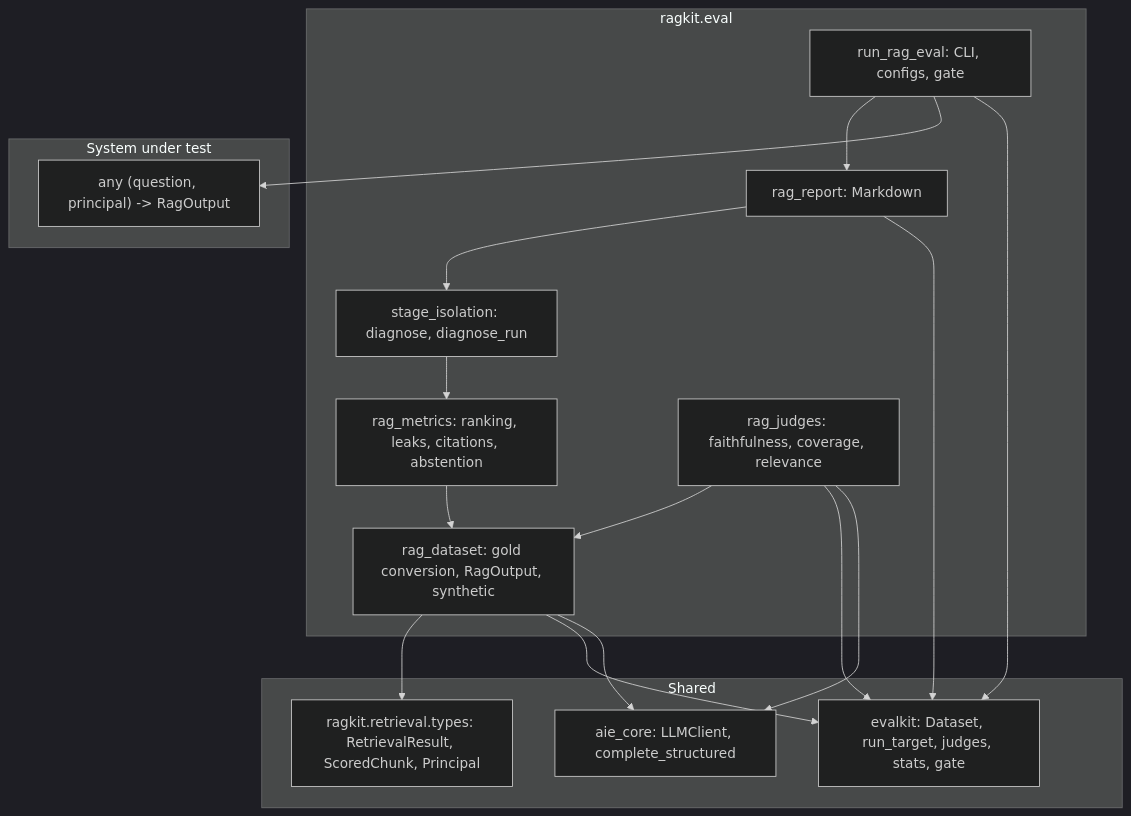
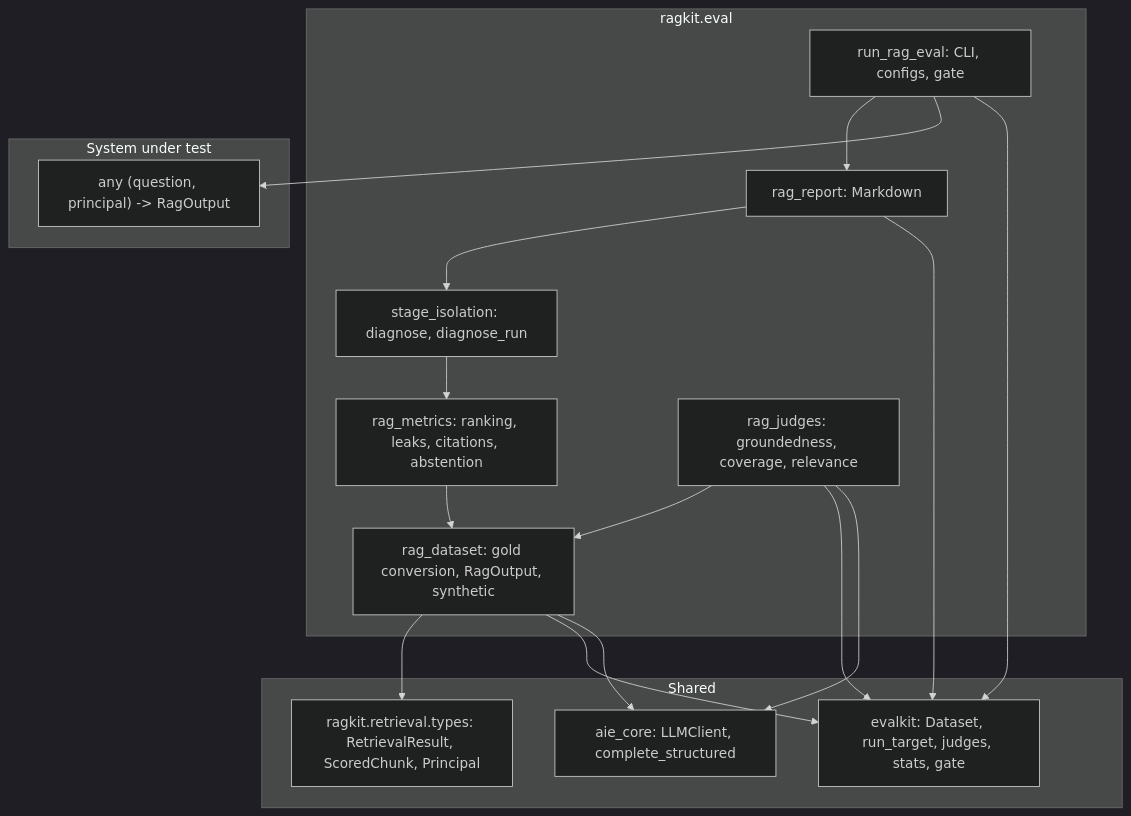
One commit to XayyamSadigov/ai-engineering-book changed the fourth of 4 diagrams in book/chapters/14-rag-evaluation.md. Above: the diagram before and after it, drawn with Mermaid (dark theme). The commit also changed other lines of this file and 6 other files, not shown here.

First line of the commit message:
Use one evaluation vocabulary: groundedness vs faithfulness

````diff
--- a/book/chapters/14-rag-evaluation.md
+++ b/book/chapters/14-rag-evaluation.md
@@ -325,32 +325,32 @@
 ```mermaid
 flowchart TB
     subgraph Shared
         T["ragkit.retrieval.types: RetrievalResult, ScoredChunk, Principal"]
         EK["evalkit: Dataset, run_target, judges, stats, gate"]
         AC["aie_core: LLMClient, complete_structured"]
     end
     subgraph ragkit_eval["ragkit.eval"]
         D["rag_dataset: gold conversion, RagOutput, synthetic"]
         M["rag_metrics: ranking, leaks, citations, abstention"]
-        J["rag_judges: faithfulness, coverage, relevance"]
+        J["rag_judges: groundedness, coverage, relevance"]
         S["stage_isolation: diagnose, diagnose_run"]
         R["rag_report: Markdown"]
         X["run_rag_eval: CLI, configs, gate"]
     end
     subgraph SUT["System under test"]
         RAG["any (question, principal) -> RagOutput"]
     end
     D --> T
     D --> EK
     D --> AC
     M --> D
     J --> D
     J --> EK
     J --> AC
     S --> M
     R --> S
     R --> EK
     X --> R
     X --> RAG
     X --> EK
 ```
````
